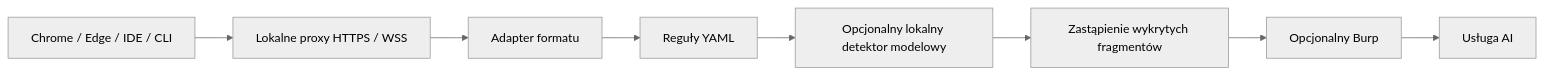
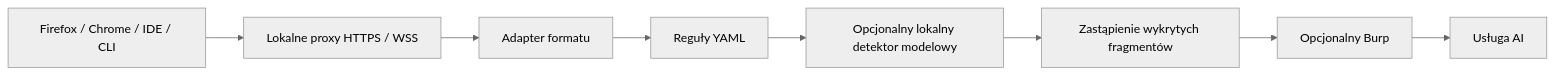
The diagram in README.md (bartek-tos137/Anonimo), drawn with Mermaid (neutral theme) before and after one commit. The commit also changed other lines of this file and 5 other files, not shown here.

Commit message:
Prioritize Windows Firefox and Chrome with browser setup guidance

````diff
--- a/README.md
+++ b/README.md
@@ -9,10 +11,10 @@
 ```mermaid
 flowchart LR
-    A[Chrome / Edge / IDE / CLI] --> B[Lokalne proxy HTTPS / WSS]
+    A[Firefox / Chrome / IDE / CLI] --> B[Lokalne proxy HTTPS / WSS]
     B --> C[Adapter formatu]
     C --> D[Reguły YAML]
     D --> E[Opcjonalny lokalny detektor modelowy]
     E --> F[Zastąpienie wykrytych fragmentów]
     F --> G[Opcjonalny Burp]
     G --> H[Usługa AI]
 ```
````
